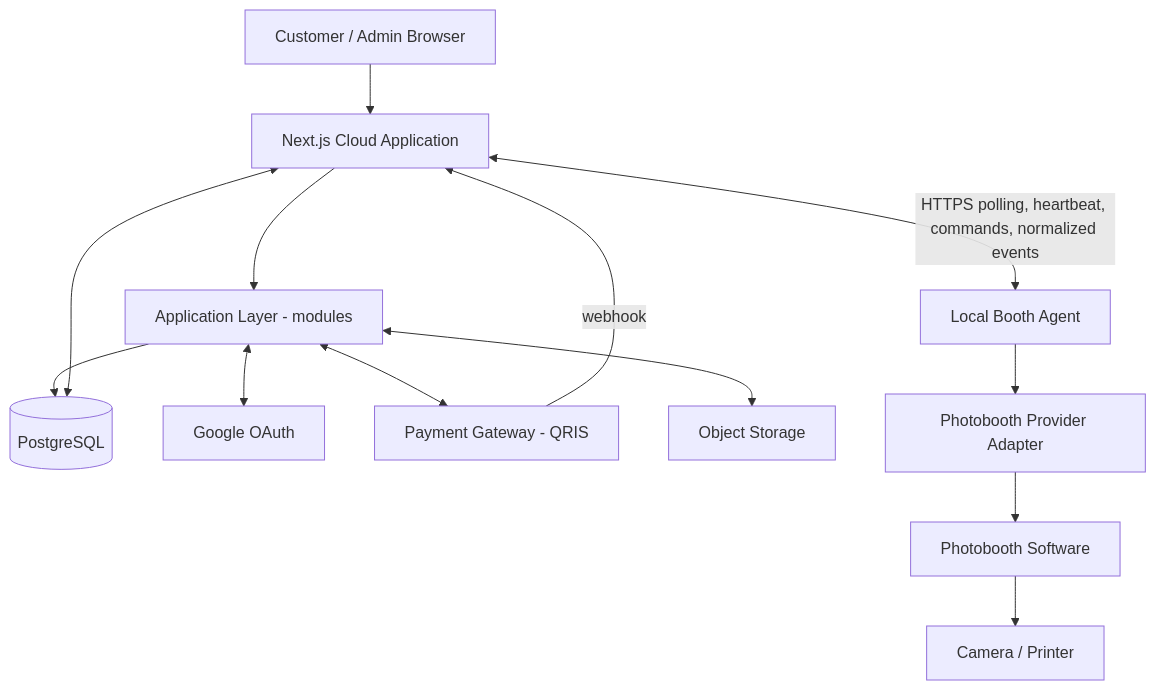
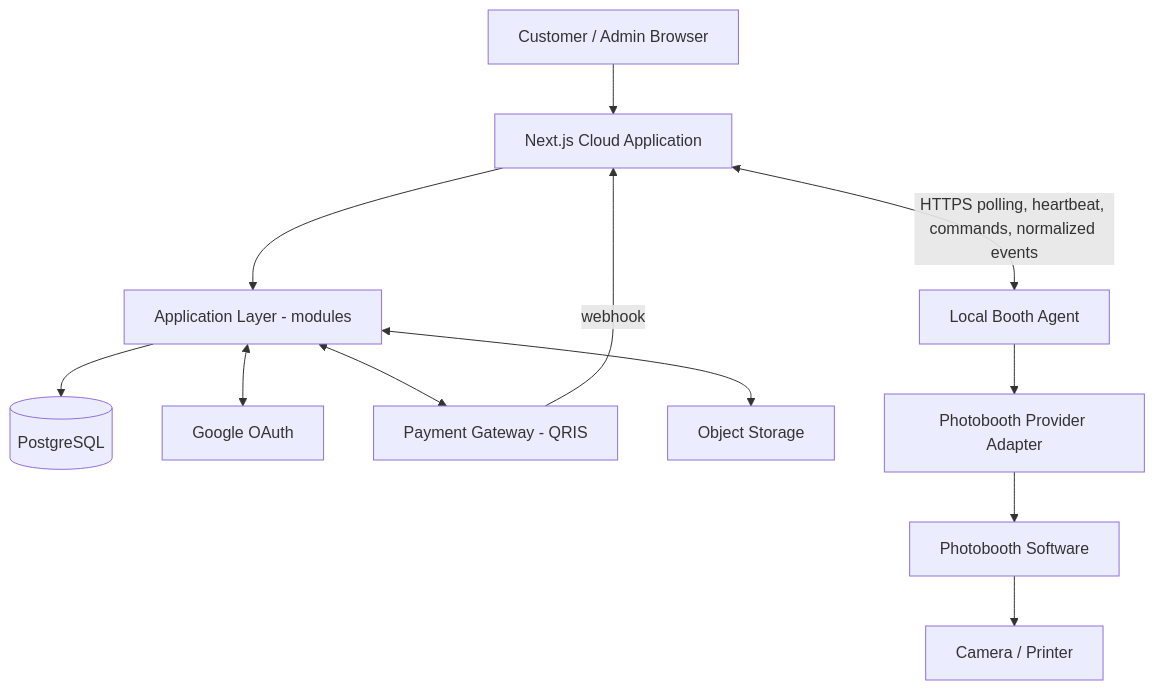
Before and after one commit to ryapps/fotiu: the first of 6 diagrams in docs/DESIGN.md, drawn with Mermaid. The commit also changed other lines of this file and 34 other files, not shown here.

````diff
--- a/docs/DESIGN.md
+++ b/docs/DESIGN.md
@@ -13,15 +13,14 @@
 ```mermaid
 flowchart TD
     B[Customer / Admin Browser] --> N[Next.js Cloud Application]
     N --> A[Application Layer - modules]
     A --> DB[(PostgreSQL)]
     A <--> G[Google OAuth]
     A <--> P[Payment Gateway - QRIS]
     P -- webhook --> N
     A <--> S[Object Storage]
-    DB <--> N
     N <-->|HTTPS polling, heartbeat, commands, normalized events| L[Local Booth Agent]
     L --> PA[Photobooth Provider Adapter]
     PA --> PS[Photobooth Software]
     PS --> HW[Camera / Printer]
 ```
````
